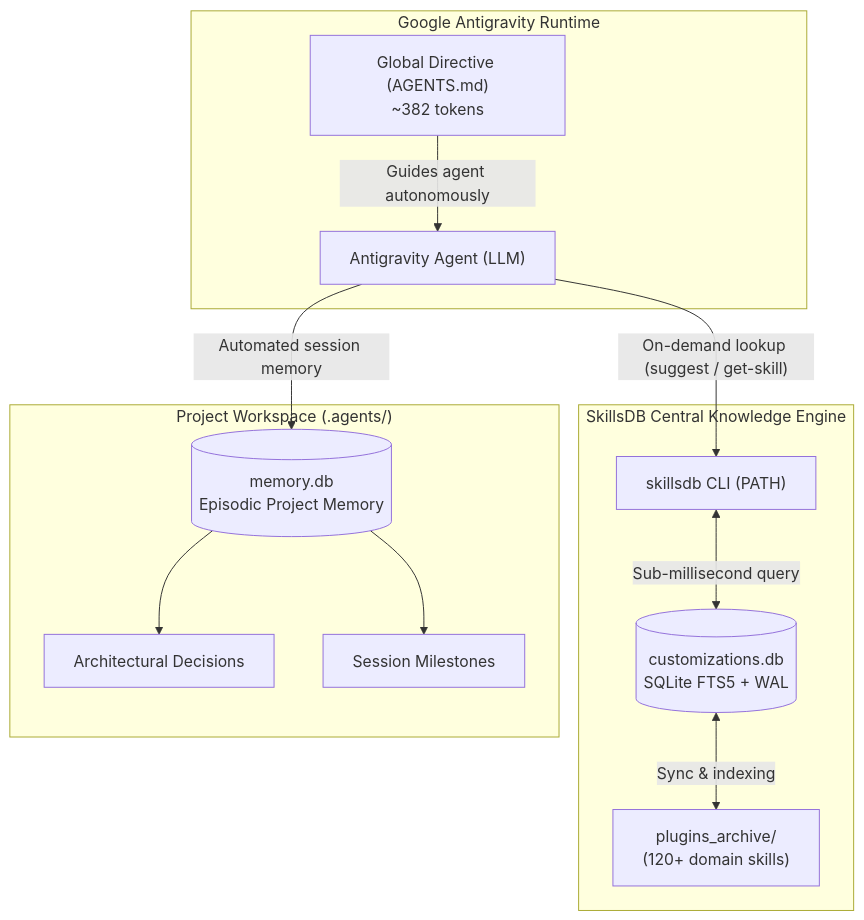
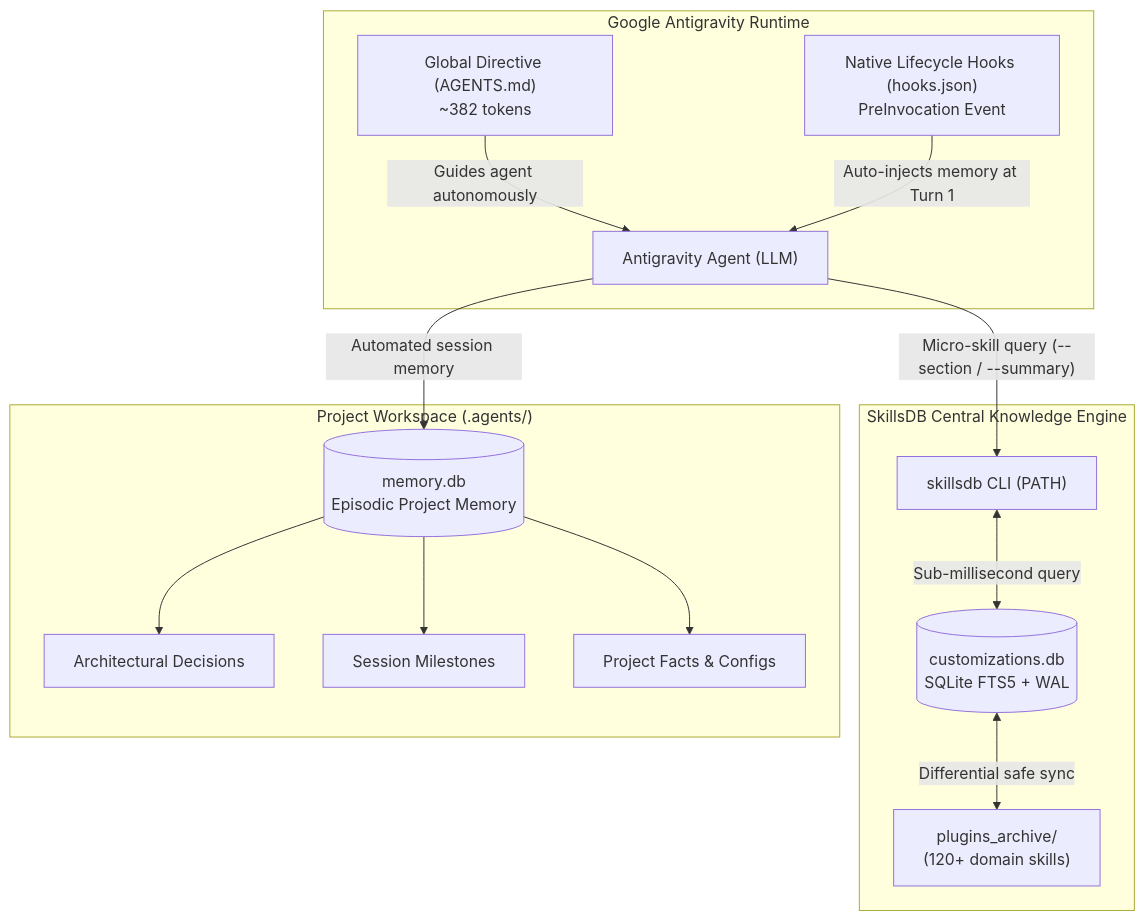
One commit to scorpion421/skillsdb changed the second of 2 diagrams in README.md. Above: the diagram before and after it, drawn with Mermaid. The commit also changed other lines of this file, not shown here.

````diff
--- a/README.md
+++ b/README.md
@@ -95,27 +100,31 @@
 ```mermaid
 flowchart TD
     subgraph Antigravity ["Google Antigravity Runtime"]
         Agent["Antigravity Agent (LLM)"]
         Directive["Global Directive (AGENTS.md)\n~382 tokens"]
+        Hooks["Native Lifecycle Hooks (hooks.json)\nPreInvocation Event"]
     end
 
     subgraph CentralEngine ["SkillsDB Central Knowledge Engine"]
         CLI["skillsdb CLI (PATH)"]
         CentralDB[("customizations.db\nSQLite FTS5 + WAL")]
         PluginArchive["plugins_archive/\n(120+ domain skills)"]
     end
 
     subgraph ProjectWorkspace ["Project Workspace (.agents/)"]
         MemDB[("memory.db\nEpisodic Project Memory")]
         Decisions["Architectural Decisions"]
         Snapshots["Session Milestones"]
+        Facts["Project Facts & Configs"]
     end
 
     Directive -->|"Guides agent autonomously"| Agent
-    Agent -->|"On-demand lookup (suggest / get-skill)"| CLI
+    Hooks -->|"Auto-injects memory at Turn 1"| Agent
+    Agent -->|"Micro-skill query (--section / --summary)"| CLI
     CLI <-->|"Sub-millisecond query"| CentralDB
-    CentralDB <-->|"Sync & indexing"| PluginArchive
+    CentralDB <-->|"Differential safe sync"| PluginArchive
     Agent -->|"Automated session memory"| MemDB
     MemDB --> Decisions
     MemDB --> Snapshots
+    MemDB --> Facts
 ```
````
